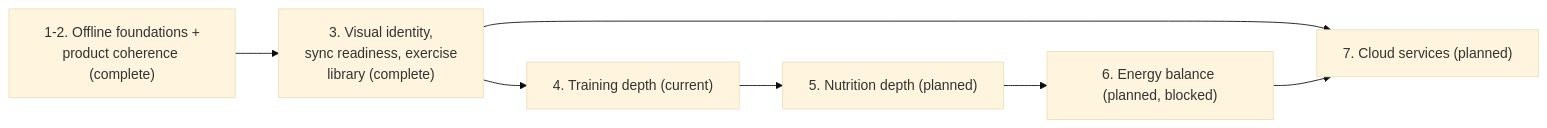
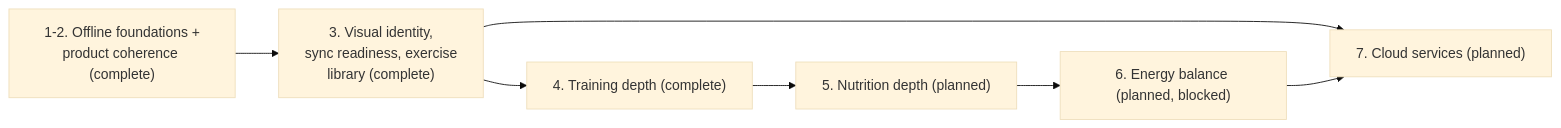
The diagram in docs/product-roadmap.md (ericjayvirtucio/fitness-app), drawn with Mermaid (base theme) before and after one commit. The commit also changed other lines of this file and 10 other files, not shown here.

````diff
--- a/docs/product-roadmap.md
+++ b/docs/product-roadmap.md
@@ -65,9 +65,9 @@
 ```mermaid
 flowchart LR
     A["1-2. Offline foundations +\nproduct coherence (complete)"] --> B["3. Visual identity,\nsync readiness, exercise\nlibrary (complete)"]
-    B --> D["4. Training depth (current)"]
+    B --> D["4. Training depth (complete)"]
     D --> E["5. Nutrition depth (planned)"]
     E --> F["6. Energy balance (planned, blocked)"]
     B --> G["7. Cloud services (planned)"]
     F --> G
 ```
````
